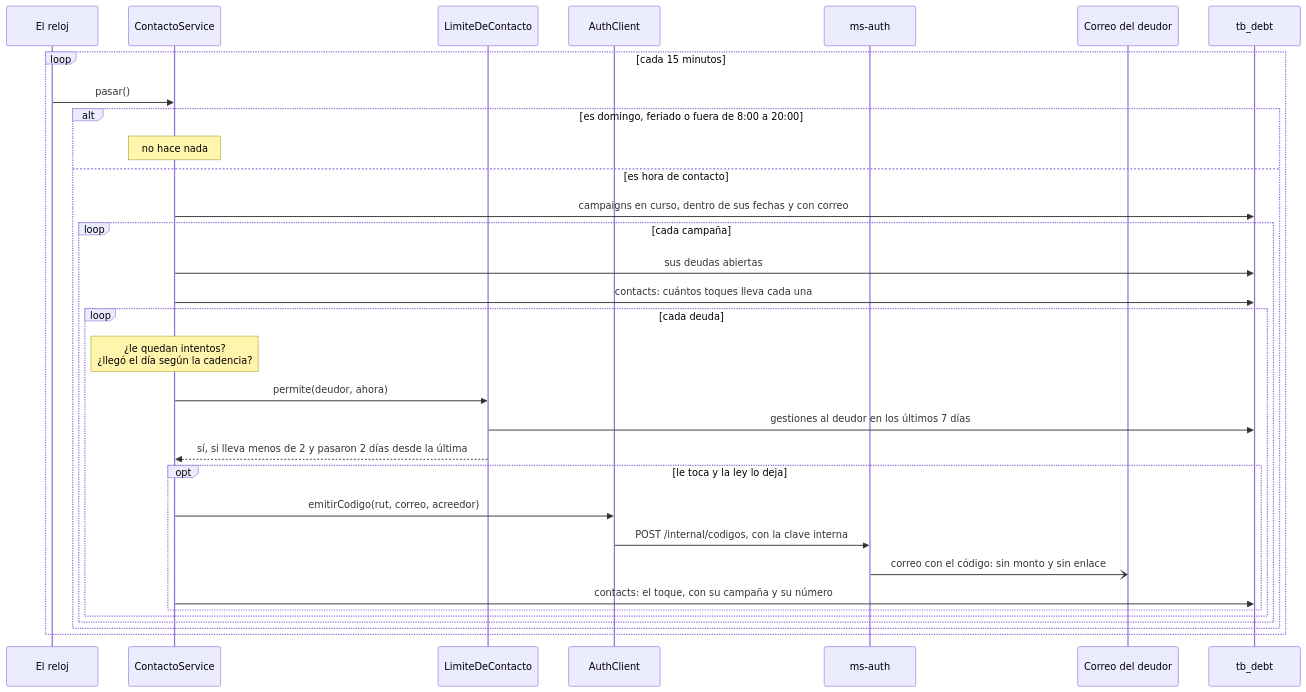
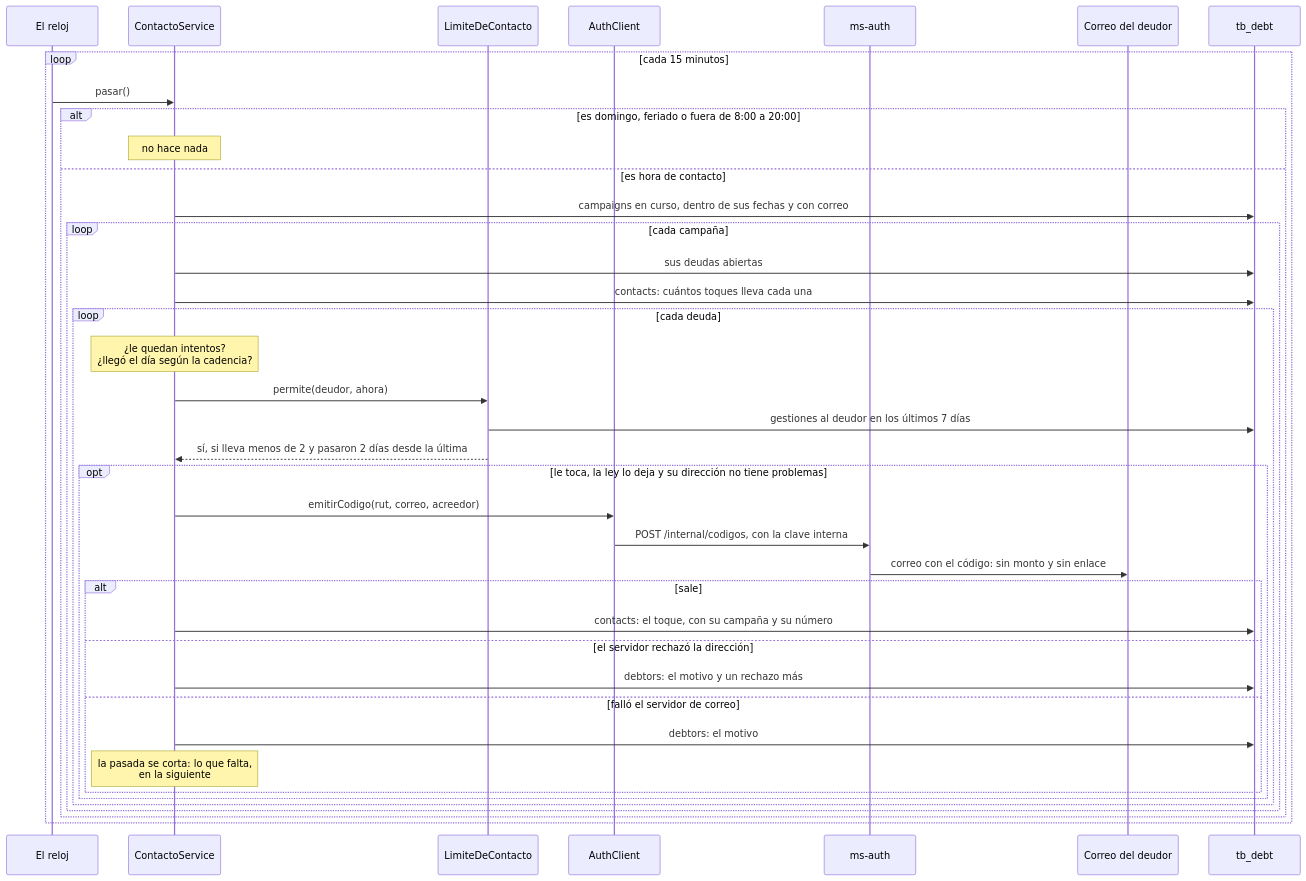
Before and after one commit to TechnicalBridge/DataBridge: the tenth of 16 diagrams in docs/diagramas/secuencia.md, drawn with Mermaid. The commit also changed other lines of this file and 35 other files, not shown here.

Commit message:
feat(ms-auth, ms-debt, portal): Un correo que no sale no cuenta como enviado

````diff
--- a/docs/diagramas/secuencia.md
+++ b/docs/diagramas/secuencia.md
@@ -549,35 +559,42 @@
 ```mermaid
 sequenceDiagram
     participant R as El reloj
     participant CS as ContactoService
     participant LC as LimiteDeContacto
     participant AC as AuthClient
     participant AU as ms-auth
     participant C as Correo del deudor
     participant B as tb_debt
 
     loop cada 15 minutos
         R->>CS: pasar()
         alt es domingo, feriado o fuera de 8:00 a 20:00
             Note over CS: no hace nada
         else es hora de contacto
             CS->>B: campaigns en curso, dentro de sus fechas y con correo
             loop cada campaña
                 CS->>B: sus deudas abiertas
                 CS->>B: contacts: cuántos toques lleva cada una
                 loop cada deuda
                     Note over CS: ¿le quedan intentos?<br/>¿llegó el día según la cadencia?
                     CS->>LC: permite(deudor, ahora)
                     LC->>B: gestiones al deudor en los últimos 7 días
                     LC-->>CS: sí, si lleva menos de 2 y pasaron 2 días desde la última
-                    opt le toca y la ley lo deja
+                    opt le toca, la ley lo deja y su dirección no tiene problemas
                         CS->>AC: emitirCodigo(rut, correo, acreedor)
                         AC->>AU: POST /internal/codigos, con la clave interna
-                        AU-)C: correo con el código: sin monto y sin enlace
-                        CS->>B: contacts: el toque, con su campaña y su número
+                        AU->>C: correo con el código: sin monto y sin enlace
+                        alt sale
+                            CS->>B: contacts: el toque, con su campaña y su número
+                        else el servidor rechazó la dirección
+                            CS->>B: debtors: el motivo y un rechazo más
+                        else falló el servidor de correo
+                            CS->>B: debtors: el motivo
+                            Note over CS: la pasada se corta: lo que falta,<br/>en la siguiente
+                        end
                     end
                 end
             end
         end
     end
 ```
````
